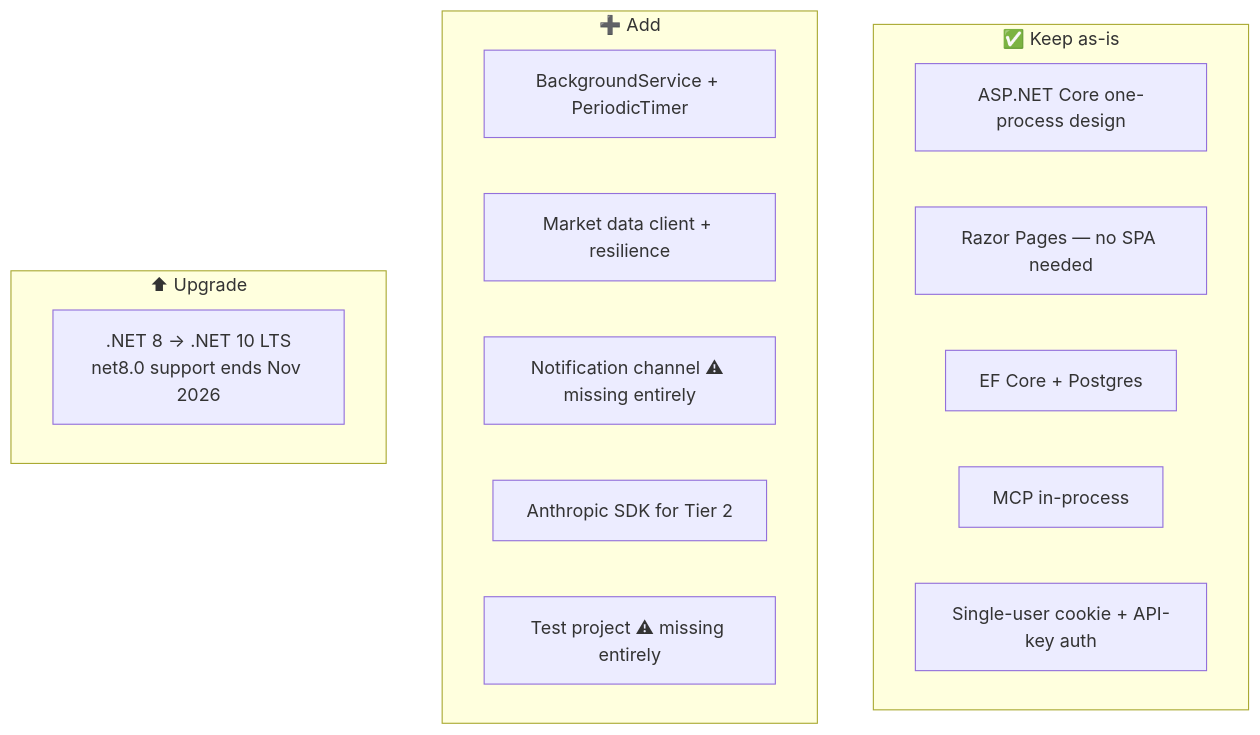
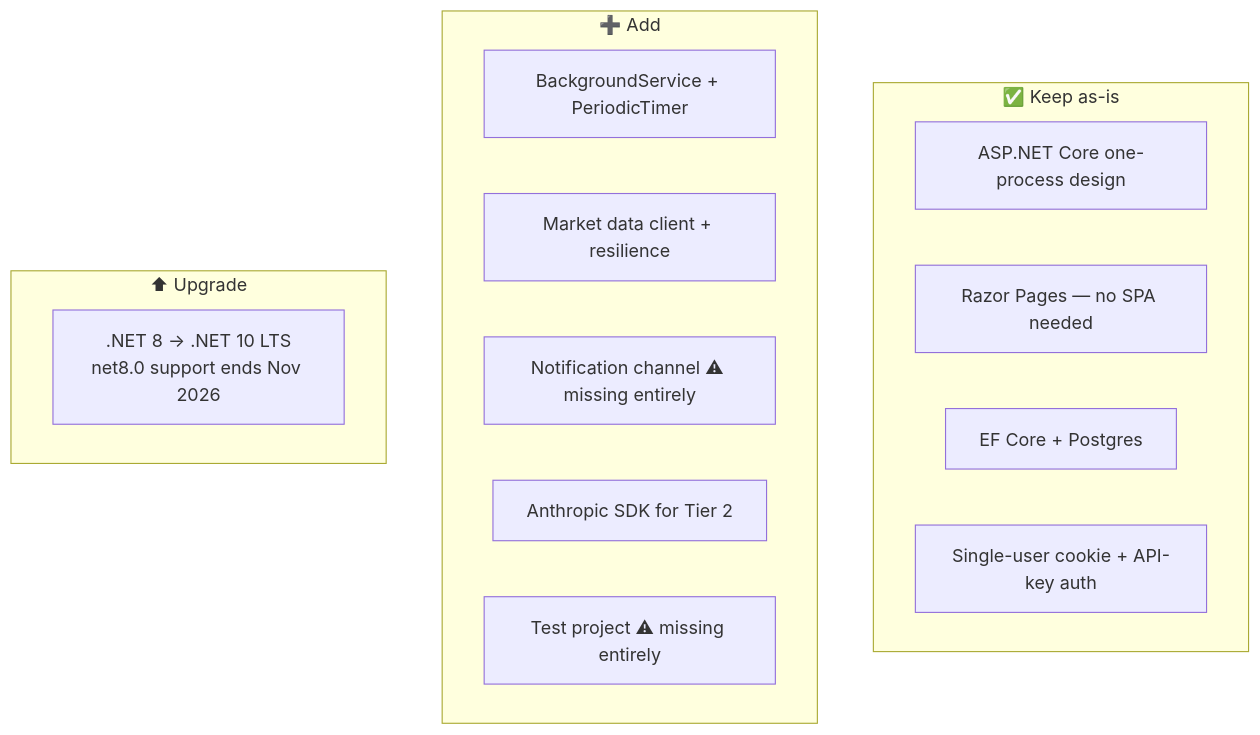
Before and after one commit to Darkamui/StonkWatch: the first of 5 diagrams in docs/tech-assessment.md, drawn with Mermaid. The commit also changed other lines of this file and 30 other files, not shown here.

````diff
--- a/docs/tech-assessment.md
+++ b/docs/tech-assessment.md
@@ -13,20 +13,19 @@
 ```mermaid
 flowchart TB
     subgraph keep["✅ Keep as-is"]
         K1["ASP.NET Core one-process design"]
         K2["Razor Pages — no SPA needed"]
         K3["EF Core + Postgres"]
-        K4["MCP in-process"]
-        K5["Single-user cookie + API-key auth"]
+        K4["Single-user cookie + API-key auth"]
     end
     subgraph add["➕ Add"]
         A1["BackgroundService + PeriodicTimer"]
         A2["Market data client + resilience"]
         A3["Notification channel ⚠ missing entirely"]
         A4["Anthropic SDK for Tier 2"]
         A5["Test project ⚠ missing entirely"]
     end
     subgraph upgrade["⬆ Upgrade"]
         U1[".NET 8 → .NET 10 LTS<br/>net8.0 support ends Nov 2026"]
     end
 ```
````
